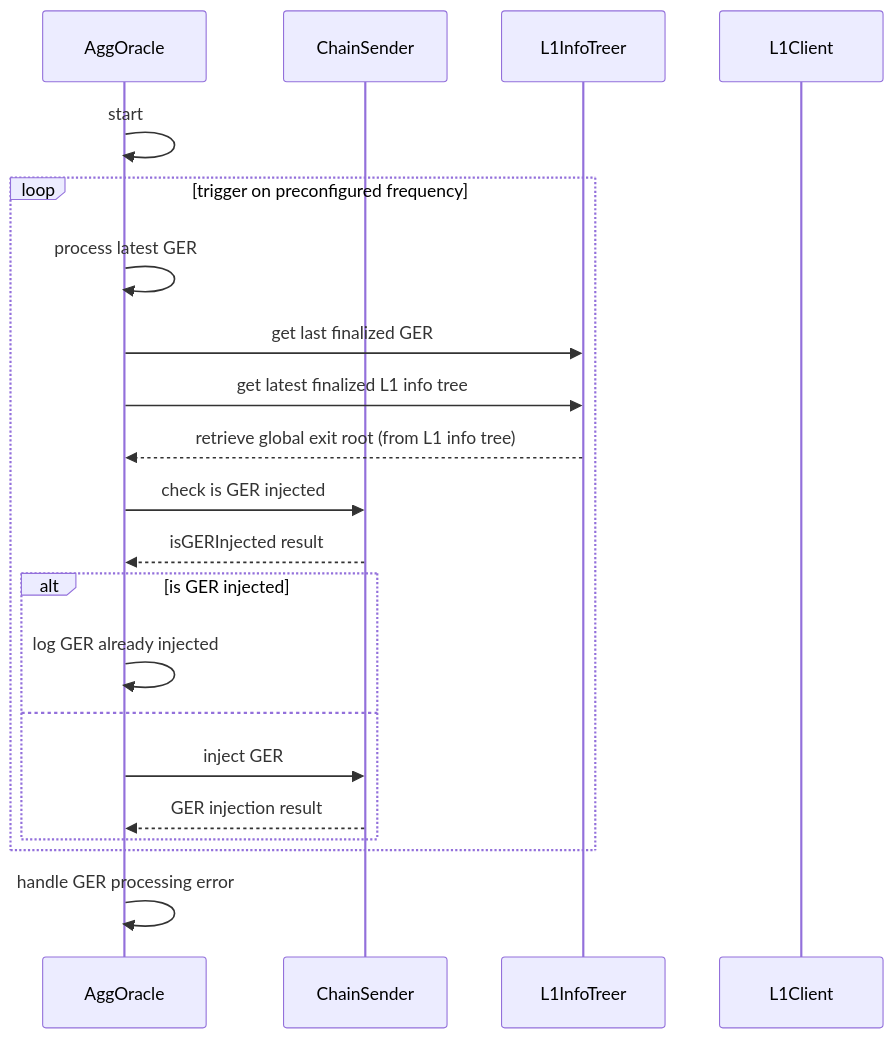
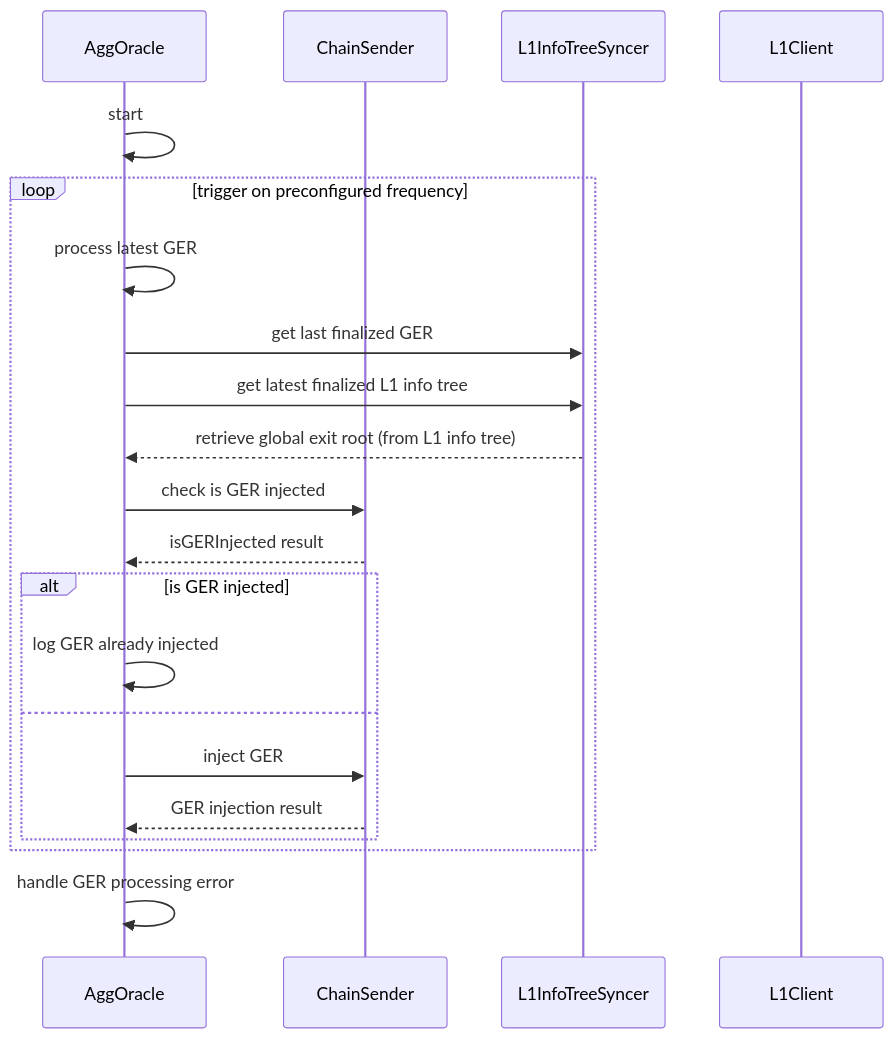
The diagram in docs/aggoracle.md (agglayer/aggkit), drawn with Mermaid before and after one commit. The commit also changed 6 other files, not shown here.

````diff
--- a/docs/aggoracle.md
+++ b/docs/aggoracle.md
@@ -40,24 +40,24 @@
 ```mermaid
 sequenceDiagram
     participant AggOracle
     participant ChainSender
-    participant L1InfoTreer
+    participant L1InfoTreeSyncer
     participant L1Client
 
     AggOracle->>AggOracle: start
     loop trigger on preconfigured frequency
         AggOracle->>AggOracle: process latest GER
-        AggOracle->>L1InfoTreer: get last finalized GER
-        AggOracle->>L1InfoTreer: get latest finalized L1 info tree
-        L1InfoTreer-->>AggOracle: retrieve global exit root (from L1 info tree)
+        AggOracle->>L1InfoTreeSyncer: get last finalized GER
+        AggOracle->>L1InfoTreeSyncer: get latest finalized L1 info tree
+        L1InfoTreeSyncer-->>AggOracle: retrieve global exit root (from L1 info tree)
         AggOracle->>ChainSender: check is GER injected
         ChainSender-->>AggOracle: isGERInjected result
         alt is GER injected
             AggOracle->>AggOracle: log GER already injected
         else
             AggOracle->>ChainSender: inject GER
             ChainSender-->>AggOracle: GER injection result
         end
     end
     AggOracle->>AggOracle: handle GER processing error
 ```
````
